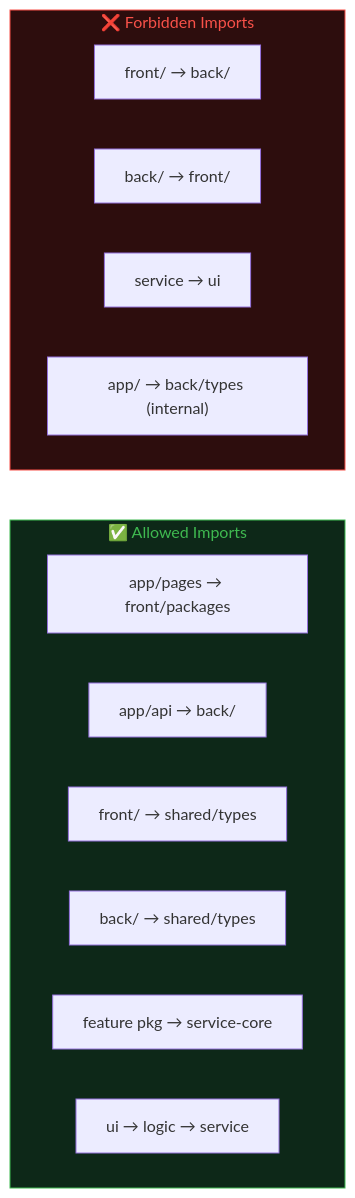
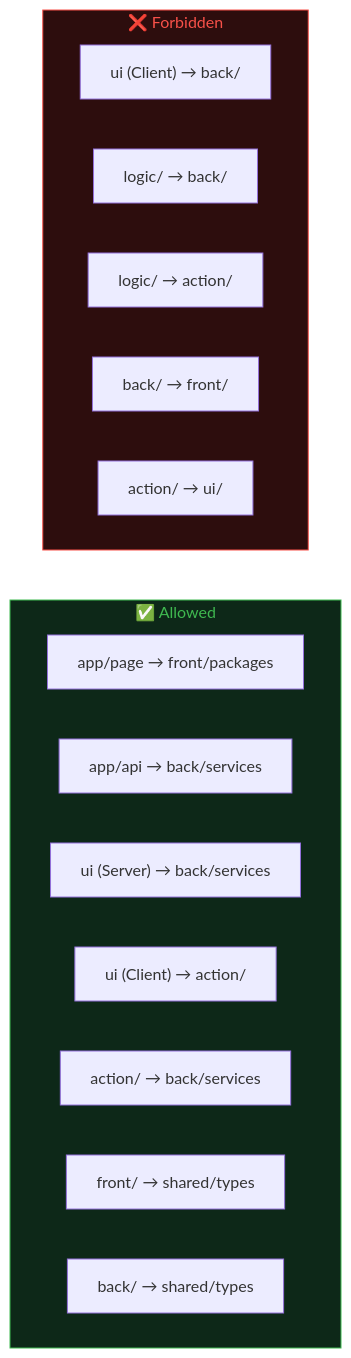
One commit to woosgem-dev/prism-architecture changed the seventh of 7 diagrams in prism-architecture.md. Above: the diagram before and after it, drawn with Mermaid. The commit also changed other lines of this file, not shown here.

First line of the commit message:
refactor: adapt Prism Architecture for Next.js App Router

````diff
--- a/prism-architecture.md
+++ b/prism-architecture.md
@@ -176,23 +272,25 @@
 ```mermaid
 graph LR
-    subgraph ALLOWED["✅ Allowed Imports"]
+    subgraph ALLOWED["✅ Allowed"]
         direction LR
-        A1["app/pages → front/packages"]
-        A2["app/api → back/"]
-        A3["front/ → shared/types"]
-        A4["back/ → shared/types"]
-        A5["feature pkg → service-core"]
-        A6["ui → logic → service"]
+        A1["app/page → front/packages"]
+        A2["app/api → back/services"]
+        A3["ui (Server) → back/services"]
+        A4["ui (Client) → action/"]
+        A5["action/ → back/services"]
+        A6["front/ → shared/types"]
+        A7["back/ → shared/types"]
     end
 
-    subgraph FORBIDDEN["❌ Forbidden Imports"]
+    subgraph FORBIDDEN["❌ Forbidden"]
         direction LR
-        F1["front/ → back/"]
-        F2["back/ → front/"]
-        F3["service → ui"]
-        F4["app/ → back/types (internal)"]
+        F1["ui (Client) → back/"]
+        F2["logic/ → back/"]
+        F3["logic/ → action/"]
+        F4["back/ → front/"]
+        F5["action/ → ui/"]
     end
 
     style ALLOWED fill:#0d2818,stroke:#3fb950,color:#3fb950
     style FORBIDDEN fill:#2d0d0d,stroke:#f85149,color:#f85149
 ```
````
